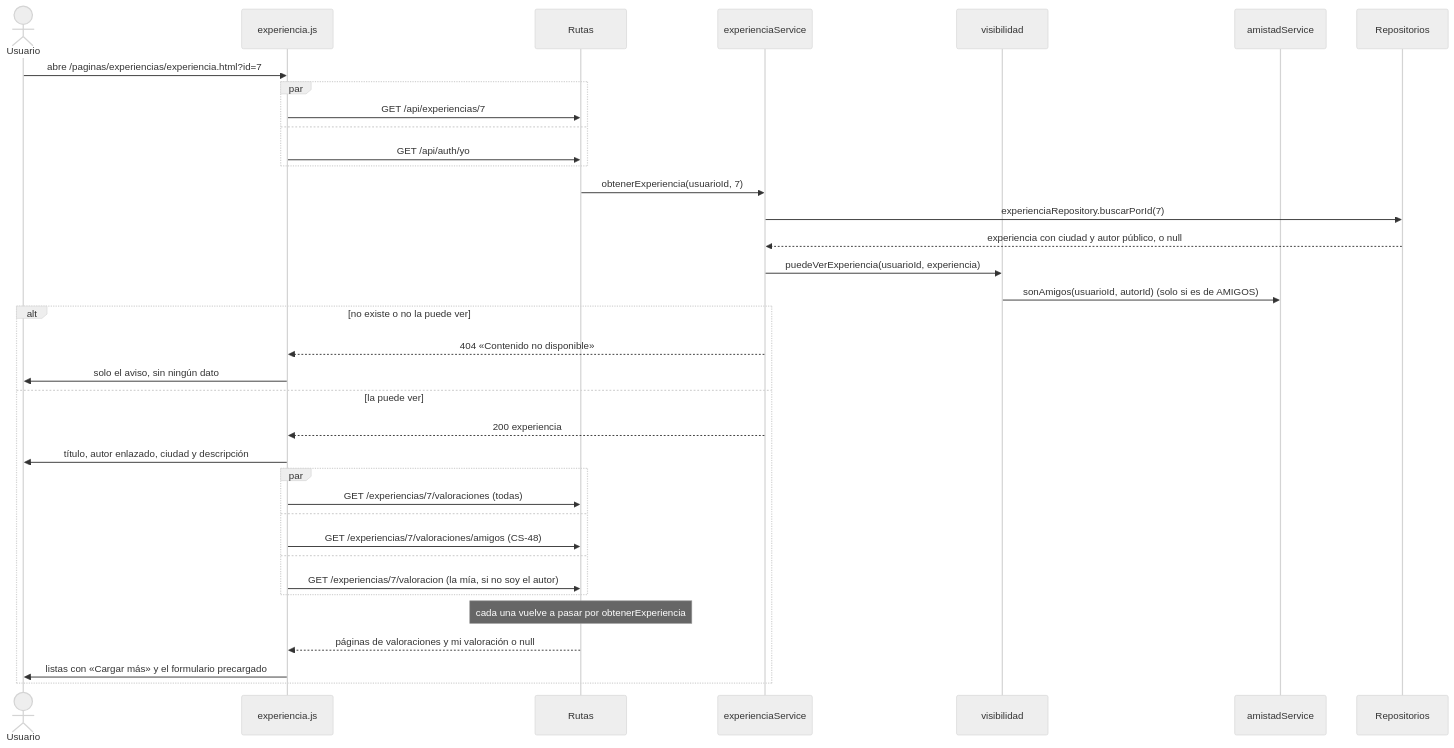
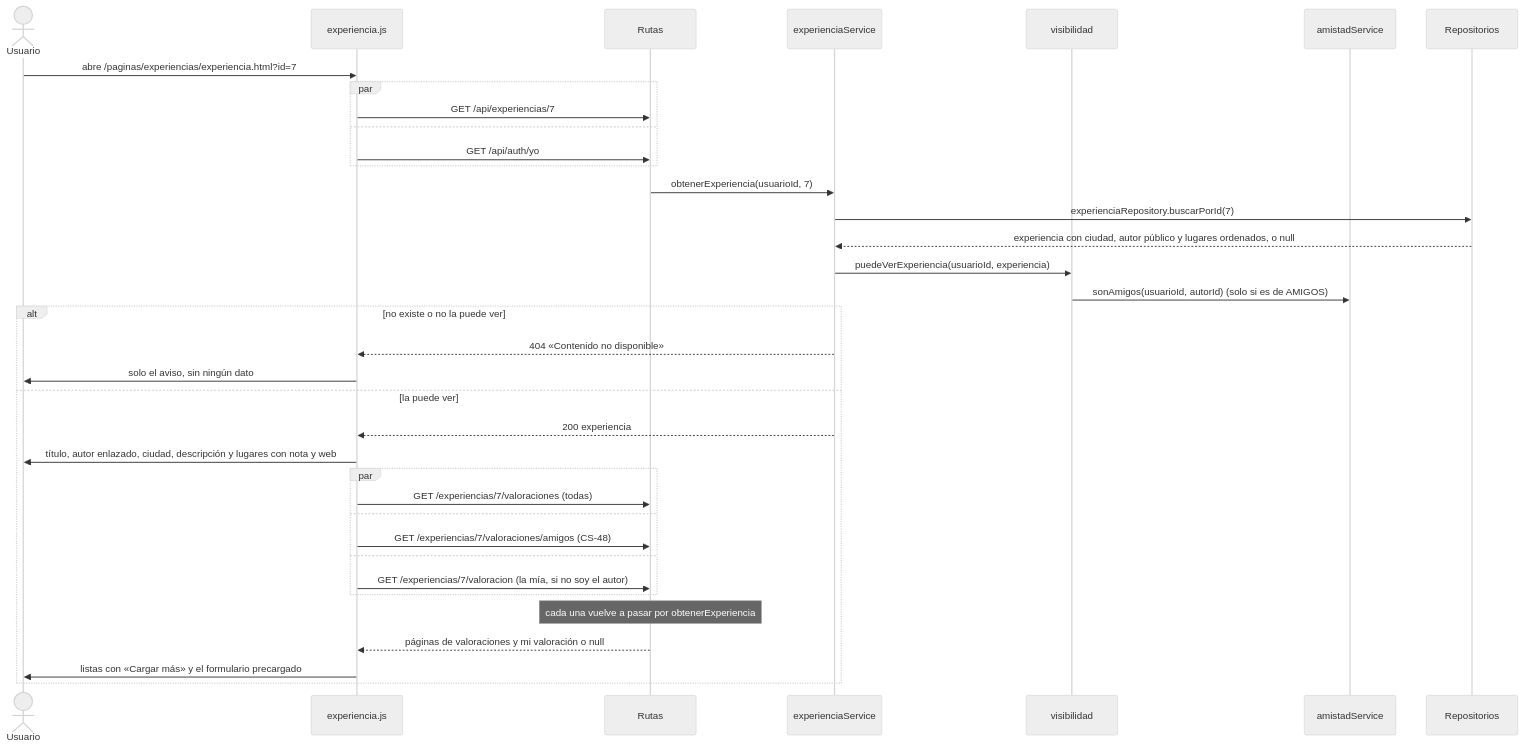
Before and after one commit to Matthew-PV/ISW-Practica: the fifth of 16 diagrams in documentacion/flujos.md, drawn with Mermaid (neutral theme). The commit also changed other lines of this file and 27 other files, not shown here.

First line of the commit message:
CS-50: persistir lugares con el catálogo de demostración

````diff
--- a/documentacion/flujos.md
+++ b/documentacion/flujos.md
@@ -198,38 +210,38 @@
 ```mermaid
 sequenceDiagram
   actor U as Usuario
   participant P as experiencia.js
   participant R as Rutas
   participant ES as experienciaService
   participant V as visibilidad
   participant A as amistadService
   participant DB as Repositorios
   U->>P: abre /paginas/experiencias/experiencia.html?id=7
   par
     P->>R: GET /api/experiencias/7
   and
     P->>R: GET /api/auth/yo
   end
   R->>ES: obtenerExperiencia(usuarioId, 7)
   ES->>DB: experienciaRepository.buscarPorId(7)
-  DB-->>ES: experiencia con ciudad y autor público, o null
+  DB-->>ES: experiencia con ciudad, autor público y lugares ordenados, o null
   ES->>V: puedeVerExperiencia(usuarioId, experiencia)
   V->>A: sonAmigos(usuarioId, autorId) (solo si es de AMIGOS)
   alt no existe o no la puede ver
     ES-->>P: 404 «Contenido no disponible»
     P->>U: solo el aviso, sin ningún dato
   else la puede ver
     ES-->>P: 200 experiencia
-    P->>U: título, autor enlazado, ciudad y descripción
+    P->>U: título, autor enlazado, ciudad, descripción y lugares con nota y web
     par
       P->>R: GET /experiencias/7/valoraciones (todas)
     and
       P->>R: GET /experiencias/7/valoraciones/amigos (CS-48)
     and
       P->>R: GET /experiencias/7/valoracion (la mía, si no soy el autor)
     end
     Note over R: cada una vuelve a pasar por obtenerExperiencia
     R-->>P: páginas de valoraciones y mi valoración o null
     P->>U: listas con «Cargar más» y el formulario precargado
   end
 ```
````
